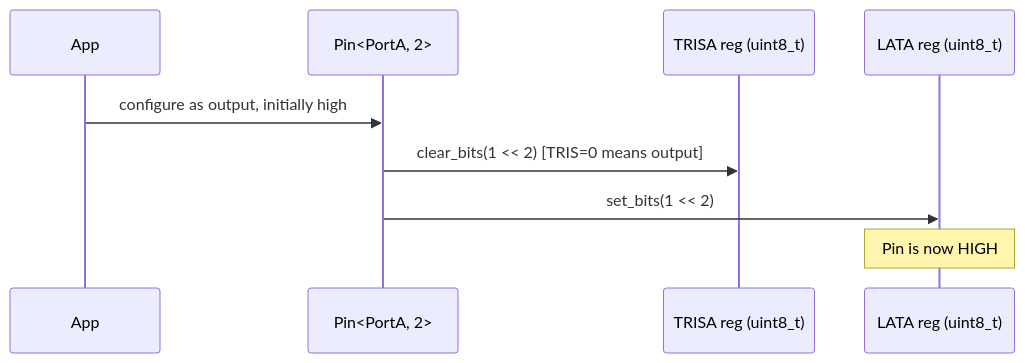
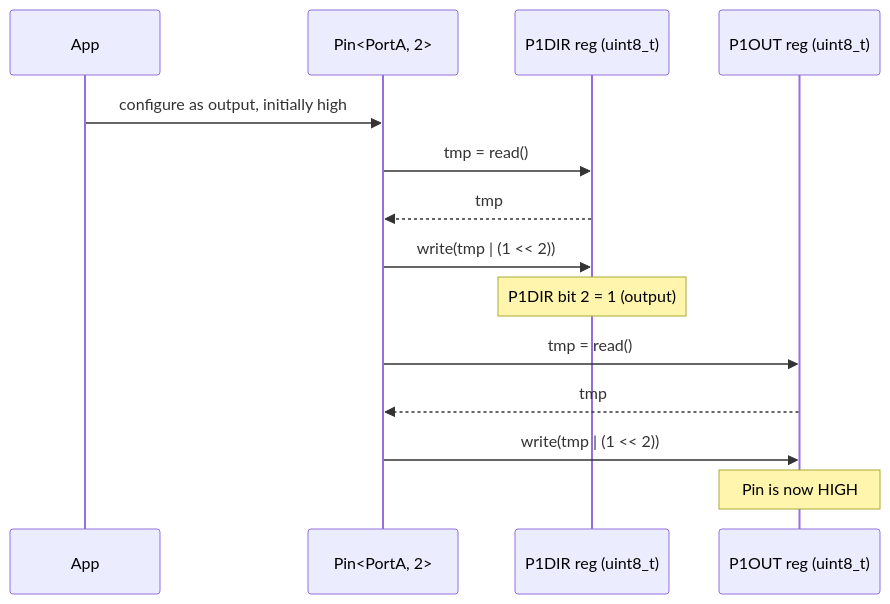
One commit to grahame-org/ohal changed diagram 11 of 13 in docs/plan.md. Above: the diagram before and after it, drawn with Mermaid. The commit also changed other lines of this file and 7 other files, not shown here.

````diff
--- a/docs/plan.md
+++ b/docs/plan.md
@@ -572,12 +567,17 @@
 ```mermaid
 sequenceDiagram
     participant App
     participant Pin as Pin<PortA, 2>
-    participant TRISA as TRISA reg (uint8_t)
-    participant LATA as LATA reg (uint8_t)
+    participant DIR as P1DIR reg (uint8_t)
+    participant OUT as P1OUT reg (uint8_t)
 
     App->>Pin: configure as output, initially high
-    Pin->>TRISA: clear_bits(1 << 2) [TRIS=0 means output]
-    Pin->>LATA: set_bits(1 << 2)
-    Note over LATA: Pin is now HIGH
+    Pin->>DIR: tmp = read()
+    DIR-->>Pin: tmp
+    Pin->>DIR: write(tmp | (1 << 2))
+    Note over DIR: P1DIR bit 2 = 1 (output)
+    Pin->>OUT: tmp = read()
+    OUT-->>Pin: tmp
+    Pin->>OUT: write(tmp | (1 << 2))
+    Note over OUT: Pin is now HIGH
 ```
````
